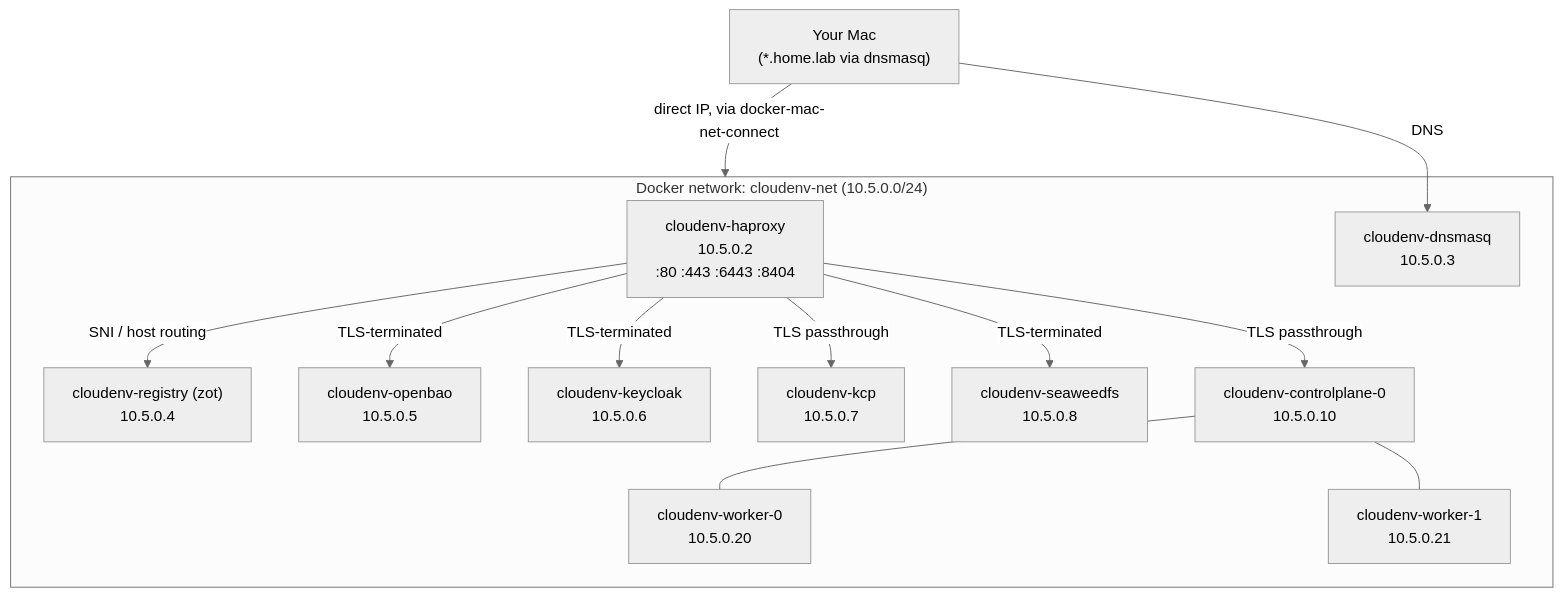
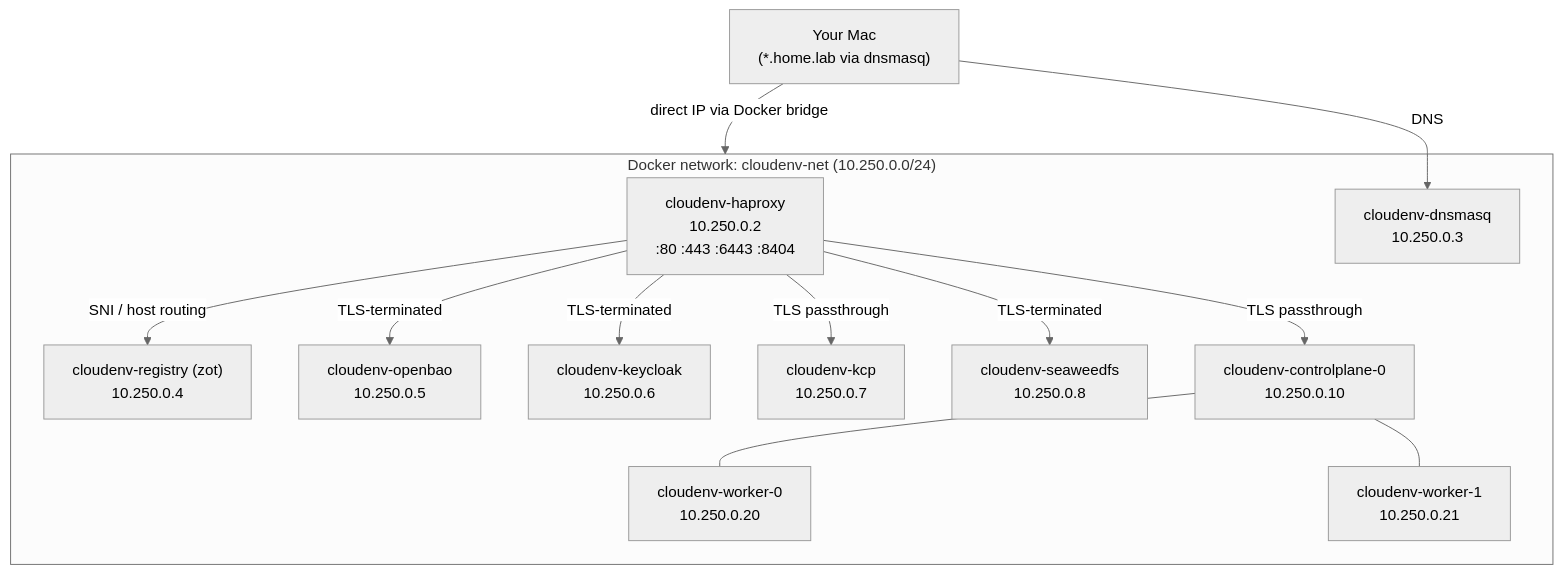
Before and after one commit to Kallepan/cloudenv: the diagram in README.md, drawn with Mermaid (neutral theme). The commit also changed other lines of this file and 16 other files, not shown here.

````diff
--- a/README.md
+++ b/README.md
@@ -7,28 +7,28 @@
 ```mermaid
 flowchart TB
     Host["Your Mac<br/>(*.home.lab via dnsmasq)"]
 
-    subgraph net["Docker network: cloudenv-net (10.5.0.0/24)"]
-        HAProxy["cloudenv-haproxy<br/>10.5.0.2<br/>:80 :443 :6443 :8404"]
-        DNS["cloudenv-dnsmasq<br/>10.5.0.3"]
-        Registry["cloudenv-registry (zot)<br/>10.5.0.4"]
-        OpenBao["cloudenv-openbao<br/>10.5.0.5"]
-        Keycloak["cloudenv-keycloak<br/>10.5.0.6"]
-        KCP["cloudenv-kcp<br/>10.5.0.7"]
-        SeaweedFS["cloudenv-seaweedfs<br/>10.5.0.8"]
-        CP["cloudenv-controlplane-0<br/>10.5.0.10"]
-        W0["cloudenv-worker-0<br/>10.5.0.20"]
-        W1["cloudenv-worker-1<br/>10.5.0.21"]
+    subgraph net["Docker network: cloudenv-net (10.250.0.0/24)"]
+      HAProxy["cloudenv-haproxy<br/>10.250.0.2<br/>:80 :443 :6443 :8404"]
+      DNS["cloudenv-dnsmasq<br/>10.250.0.3"]
+      Registry["cloudenv-registry (zot)<br/>10.250.0.4"]
+      OpenBao["cloudenv-openbao<br/>10.250.0.5"]
+      Keycloak["cloudenv-keycloak<br/>10.250.0.6"]
+      KCP["cloudenv-kcp<br/>10.250.0.7"]
+      SeaweedFS["cloudenv-seaweedfs<br/>10.250.0.8"]
+      CP["cloudenv-controlplane-0<br/>10.250.0.10"]
+      W0["cloudenv-worker-0<br/>10.250.0.20"]
+      W1["cloudenv-worker-1<br/>10.250.0.21"]
     end
 
     Host -->|DNS| DNS
-    Host -->|direct IP, via docker-mac-net-connect| net
+    Host -->|direct IP via Docker bridge| net
     HAProxy -->|SNI / host routing| Registry
     HAProxy -->|TLS-terminated| OpenBao
     HAProxy -->|TLS-terminated| Keycloak
     HAProxy -->|TLS-terminated| SeaweedFS
     HAProxy -->|TLS passthrough| KCP
     HAProxy -->|TLS passthrough| CP
     CP --- W0
     CP --- W1
 ```
````
